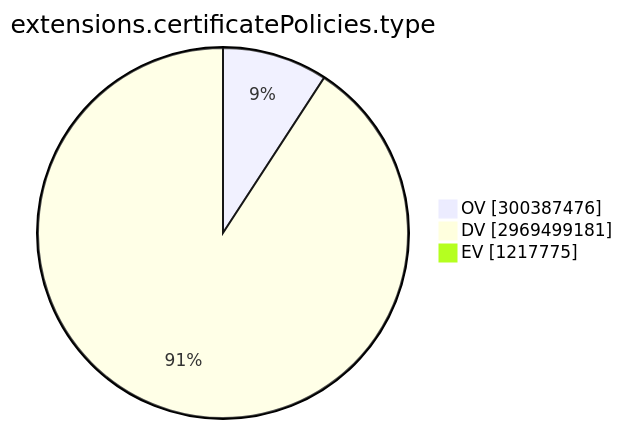
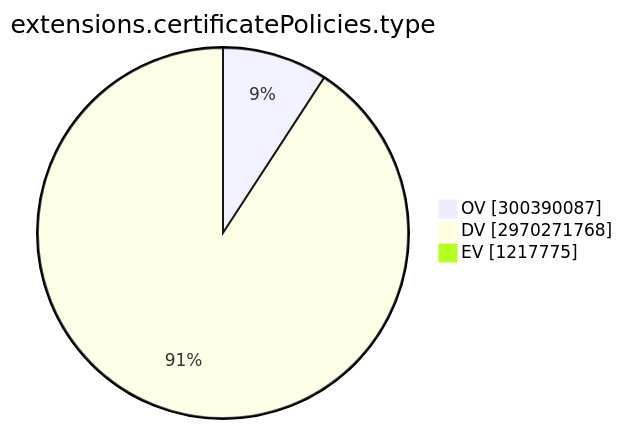
One commit to christiankrug/ctmonitor_visualization changed the ninth of 15 diagrams in TOTAL/README.md. Above: the diagram before and after it, drawn with Mermaid. The commit also changed other lines of this file, not shown here.

````diff
--- a/TOTAL/README.md
+++ b/TOTAL/README.md
@@ -3101,7 +3101,7 @@
 ```mermaid
 pie showData
 title extensions.certificatePolicies.type
-"OV" :300387476
-"DV" :2969499181
+"OV" :300390087
+"DV" :2970271768
 "EV" :1217775
 ```
````
